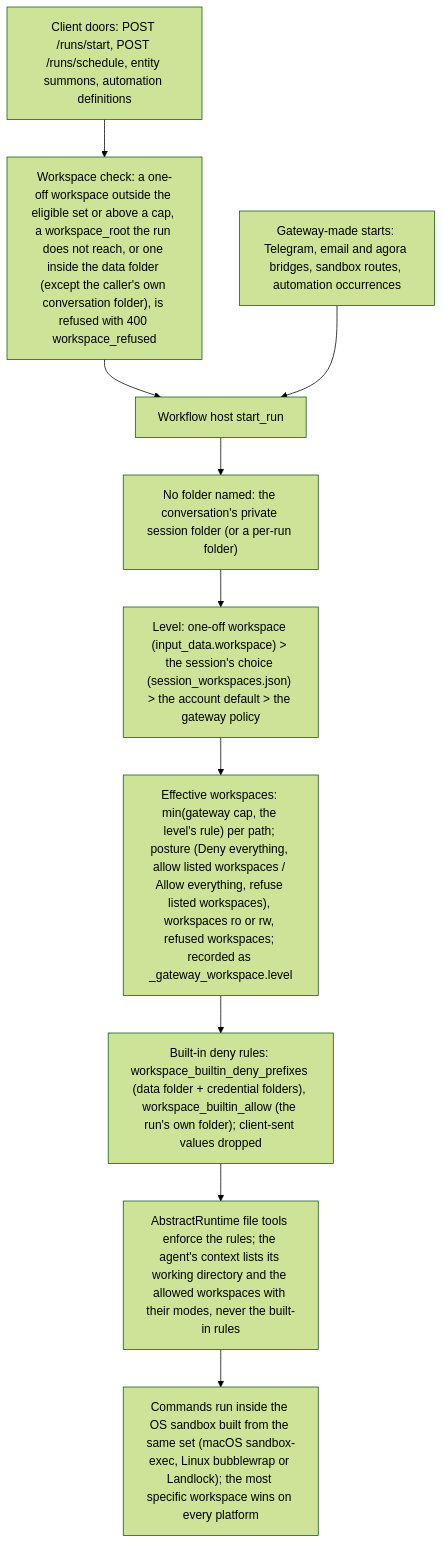
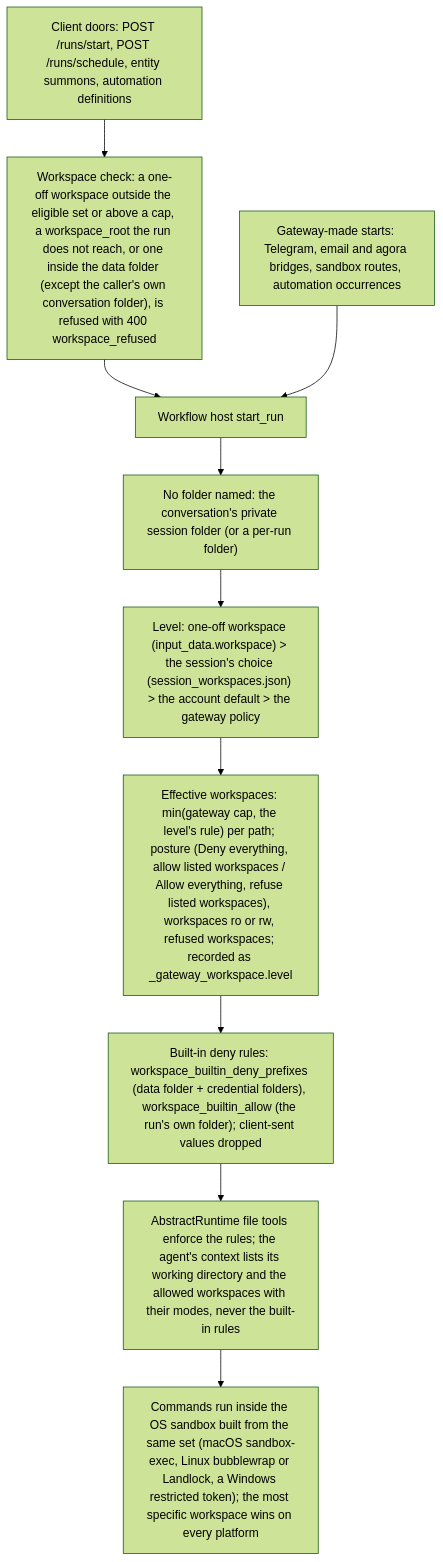
The ninth of 12 diagrams in docs/architecture.md (lpalbou/AbstractGateway), drawn with Mermaid (forest theme) before and after one commit. The commit also changed other lines of this file and 30 other files, not shown here.

````diff
--- a/docs/architecture.md
+++ b/docs/architecture.md
@@ -745,12 +745,12 @@
 ```mermaid
 flowchart TB
   Http["Client doors: POST /runs/start, POST /runs/schedule, entity summons, automation definitions"] --> Policy["Workspace check: a one-off workspace outside the eligible set or above a cap, a workspace_root the run does not reach, or one inside the data folder (except the caller's own conversation folder), is refused with 400 workspace_refused"]
   Policy --> Start["Workflow host start_run"]
   Internal["Gateway-made starts: Telegram, email and agora bridges, sandbox routes, automation occurrences"] --> Start
   Start --> Ensure["No folder named: the conversation's private session folder (or a per-run folder)"]
   Ensure --> Level["Level: one-off workspace (input_data.workspace) > the session's choice (session_workspaces.json) > the account default > the gateway policy"]
   Level --> Apply["Effective workspaces: min(gateway cap, the level's rule) per path; posture (Deny everything, allow listed workspaces / Allow everything, refuse listed workspaces), workspaces ro or rw, refused workspaces; recorded as _gateway_workspace.level"]
   Apply --> Deny["Built-in deny rules: workspace_builtin_deny_prefixes (data folder + credential folders), workspace_builtin_allow (the run's own folder); client-sent values dropped"]
   Deny --> Tools["AbstractRuntime file tools enforce the rules; the agent's context lists its working directory and the allowed workspaces with their modes, never the built-in rules"]
-  Tools --> Sandbox["Commands run inside the OS sandbox built from the same set (macOS sandbox-exec, Linux bubblewrap or Landlock); the most specific workspace wins on every platform"]
+  Tools --> Sandbox["Commands run inside the OS sandbox built from the same set (macOS sandbox-exec, Linux bubblewrap or Landlock, a Windows restricted token); the most specific workspace wins on every platform"]
 ```
````
